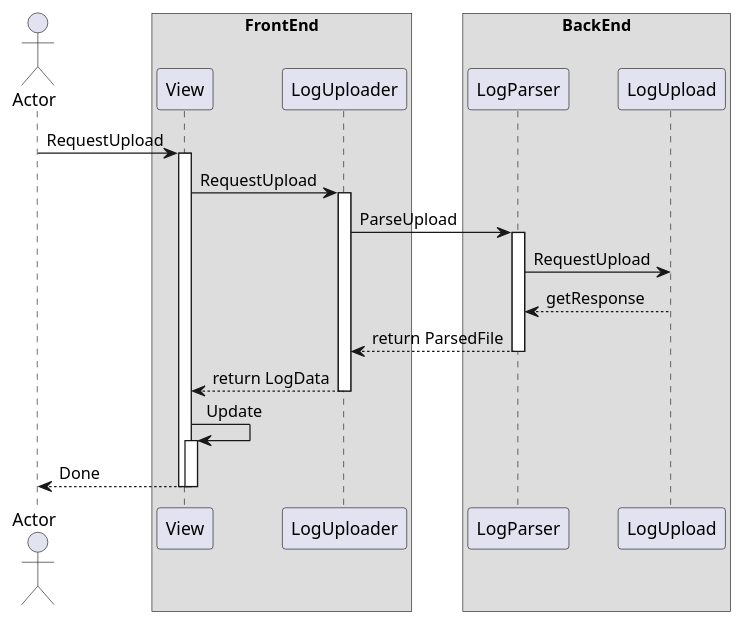
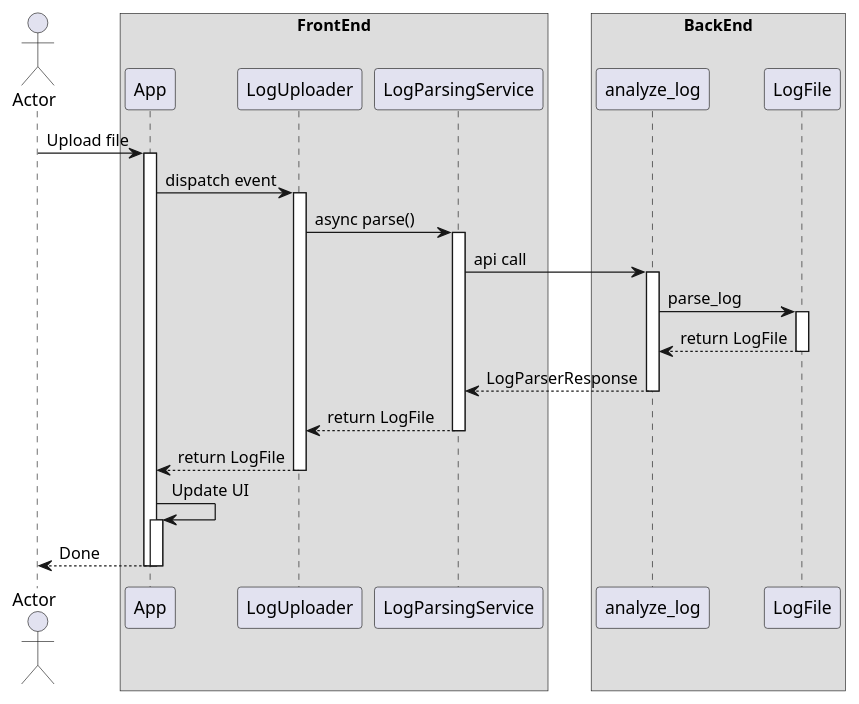
Before and after one commit to sevenelevendevunipd/docs: the third of 13 diagrams in allegato_tecnico.md, drawn with PlantUML. The commit also changed other lines of this file, not shown here.

````diff
--- a/allegato_tecnico.md
+++ b/allegato_tecnico.md
@@ -227,31 +264,48 @@
 ```{ .plantuml caption="Diagramma V1"}
 @startuml
 actor Actor
 box "FrontEnd"
-participant View
+participant App
 participant LogUploader
+participant LogParsingService
 end box
 box "BackEnd"
-participant LogParser
-participant LogUpload
+participant analyze_log
+participant LogFile
 end box
-Actor -> View: RequestUpload
-activate View
-View -> LogUploader:RequestUpload
+
+Actor -> App: Upload file
+activate App
+
+App -> LogUploader: dispatch event
 activate LogUploader
-LogUploader->LogParser :ParseUpload
-activate LogParser
 
-LogParser->LogUpload : RequestUpload
-LogParser<--LogUpload: getResponse
-LogUploader<--LogParser:return ParsedFile
-deactivate LogParser
-View <--LogUploader: return LogData
+LogUploader -> LogParsingService: async parse()
+activate LogParsingService
+
+LogParsingService -> analyze_log: api call
+activate analyze_log
+
+analyze_log -> LogFile: parse_log
+activate LogFile
+
+analyze_log <-- LogFile: return LogFile
+deactivate  LogFile
+
+LogParsingService <-- analyze_log: LogParserResponse
+deactivate analyze_log
+
+LogUploader <-- LogParsingService: return LogFile
+deactivate LogParsingService
+
+App <-- LogUploader: return LogFile
 deactivate LogUploader
-View->View:Update
-activate View
-Actor<--View:Done
-deactivate View
-deactivate View
+
+App -> App:Update UI
+activate App
+
+Actor <-- App:Done
+deactivate App
+deactivate App
 @enduml
 ```
````
